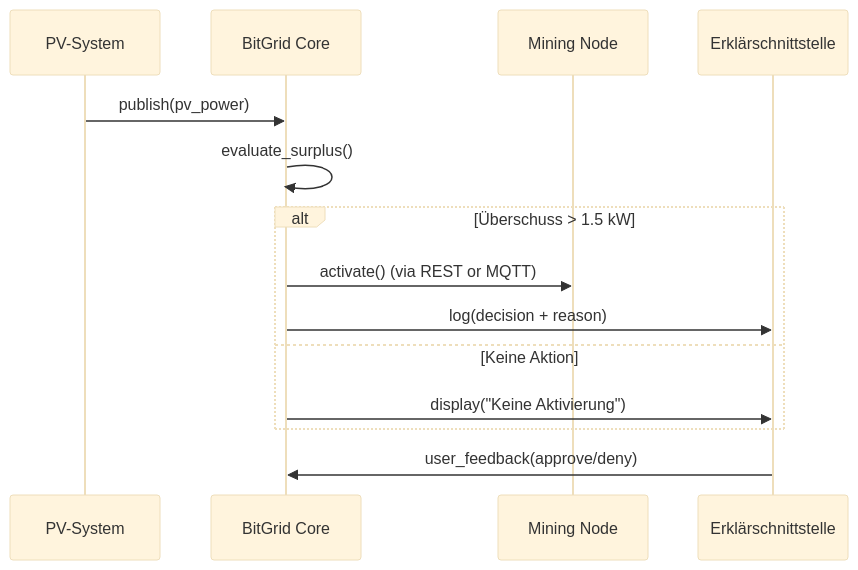
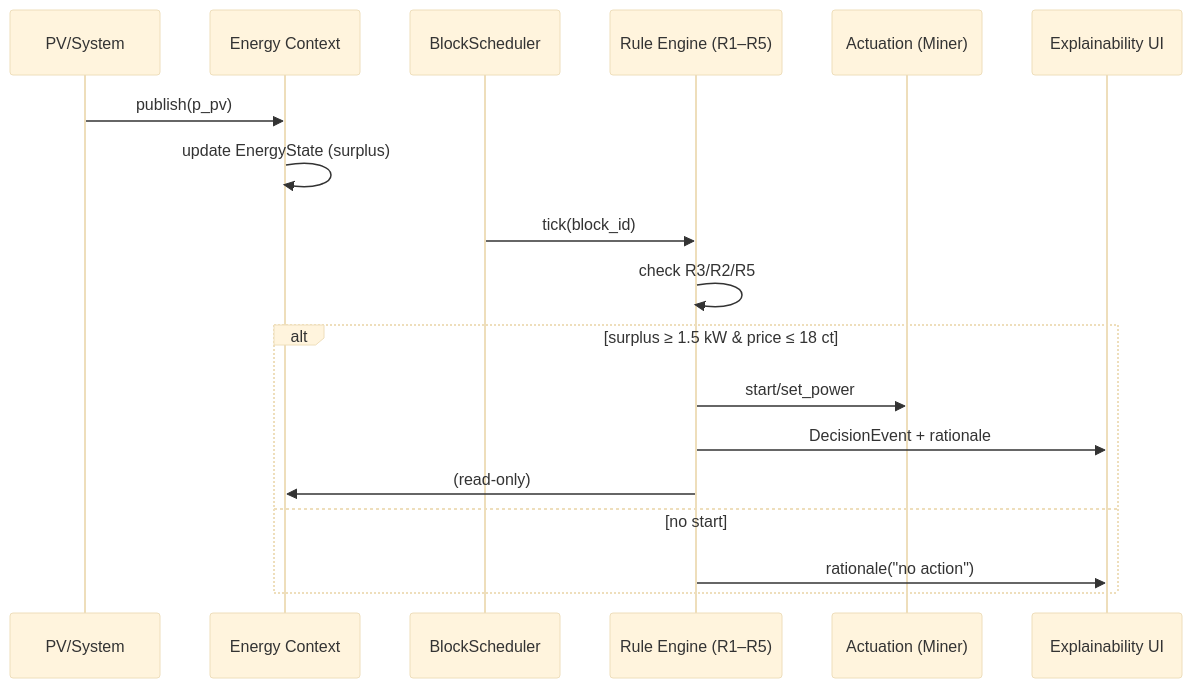
Before and after one commit to bitgrid-research/BitGridAI: the second of 3 diagrams in docs/architecture/06_runtime_view.md, drawn with Mermaid (base theme). The commit also changed other lines of this file and 13 other files, not shown here.

````diff
--- a/docs/architecture/06_runtime_view.md
+++ b/docs/architecture/06_runtime_view.md
@@ -78,17 +118,21 @@
 ```mermaid
 sequenceDiagram
-    participant PV as PV-System
-    participant Core as BitGrid Core
-    participant Miner as Mining Node
-    participant UI as Erklärschnittstelle
+    participant PV as PV/System
+    participant EC as Energy Context
+    participant BS as BlockScheduler
+    participant RE as Rule Engine (R1–R5)
+    participant AC as Actuation (Miner)
+    participant UI as Explainability UI
 
-    PV->>Core: publish(pv_power)
-    Core->>Core: evaluate_surplus()
-    alt Überschuss > 1.5 kW
-        Core->>Miner: activate() (via REST or MQTT)
-        Core->>UI: log(decision + reason)
-    else Keine Aktion
-        Core->>UI: display("Keine Aktivierung")
+    PV->>EC: publish(p_pv)
+    EC->>EC: update EnergyState (surplus)
+    BS->>RE: tick(block_id)
+    RE->>RE: check R3/R2/R5
+    alt surplus ≥ 1.5 kW & price ≤ 18 ct
+        RE->>AC: start/set_power
+        RE->>UI: DecisionEvent + rationale
+        RE->>EC: (read‑only)
+    else no start
+        RE->>UI: rationale("no action")
     end
-    UI->>Core: user_feedback(approve/deny)
 ```
````
